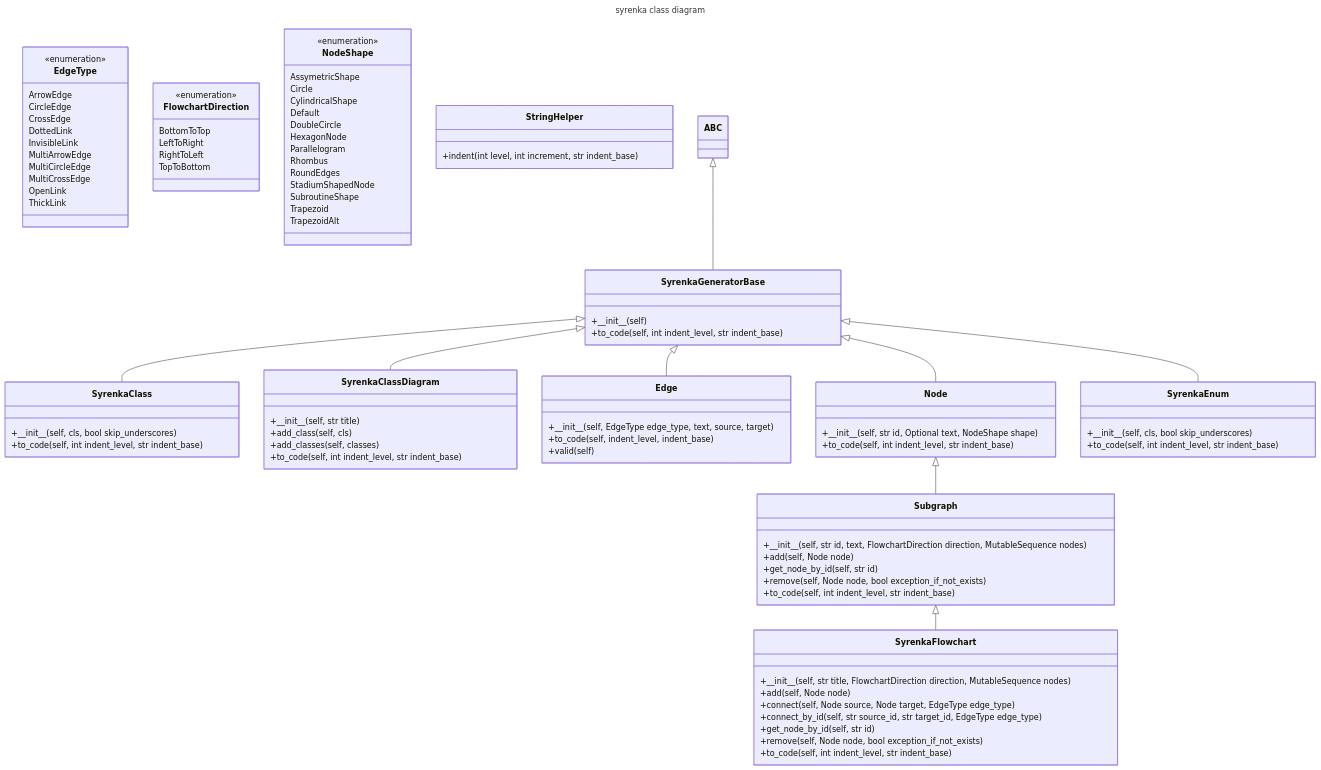
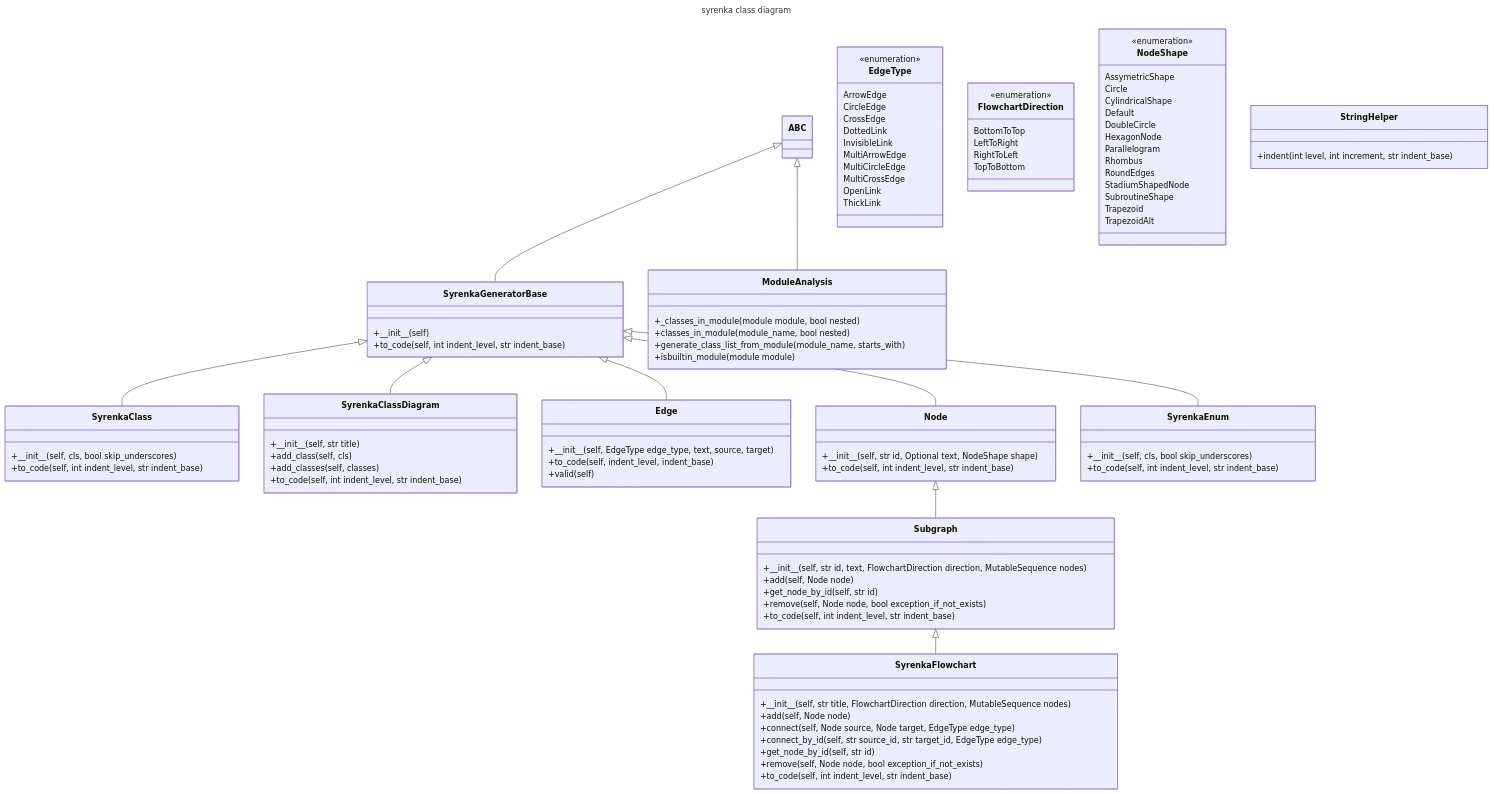
Before and after one commit to bartlomiejcieszkowski/syrenka: the diagram in README.md, drawn with Mermaid. The commit also changed other lines of this file and 2 other files, not shown here.

```diff
--- a/README.md
+++ b/README.md
@@ -41,6 +41,13 @@
         +to_code(self, int indent_level, str indent_base)
     }
     Subgraph <|-- SyrenkaFlowchart
+    class ModuleAnalysis{
+        +_classes_in_module(module module, bool nested)
+        +classes_in_module(module_name, bool nested)
+        +generate_class_list_from_module(module_name, starts_with)
+        +isbuiltin_module(module module)
+    }
+    ABC <|-- ModuleAnalysis
     class Edge{
         +\_\_init\_\_(self, EdgeType edge_type, text, source, target)
         +to_code(self, indent_level, indent_base)
```
